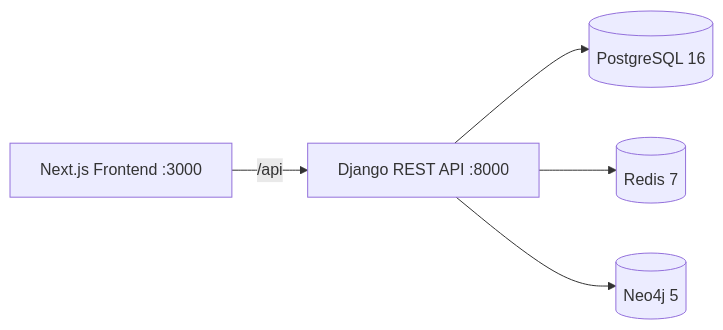
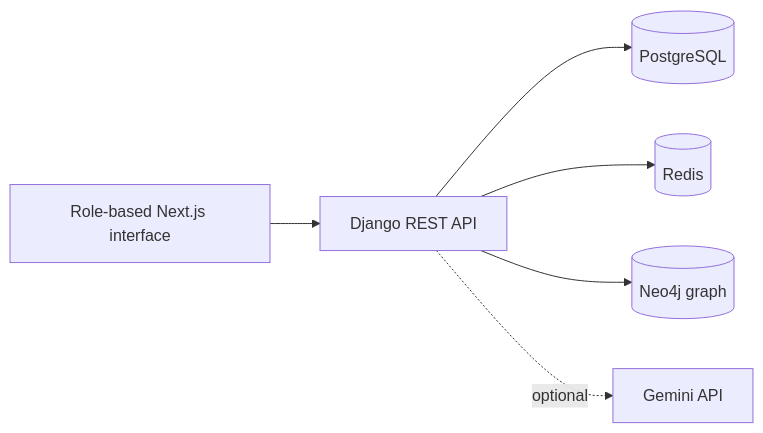
The diagram in README.md (Anurup-R-Krishnan/SecureMed), drawn with Mermaid before and after one commit. The commit also changed other lines of this file and 11 other files, not shown here.

````diff
--- a/README.md
+++ b/README.md
@@ -38,7 +22,8 @@
 ```mermaid
 flowchart LR
-  FE["Next.js Frontend :3000"] -->|"/api"| BE["Django REST API :8000"]
-  BE --> PG[("PostgreSQL 16")]
-  BE --> RD[("Redis 7")]
-  BE --> N4J[("Neo4j 5")]
+  U[Role-based Next.js interface] --> API[Django REST API]
+  API --> PG[(PostgreSQL)]
+  API --> R[(Redis)]
+  API --> N[(Neo4j graph)]
+  API -. optional .-> G[Gemini API]
 ```
````
